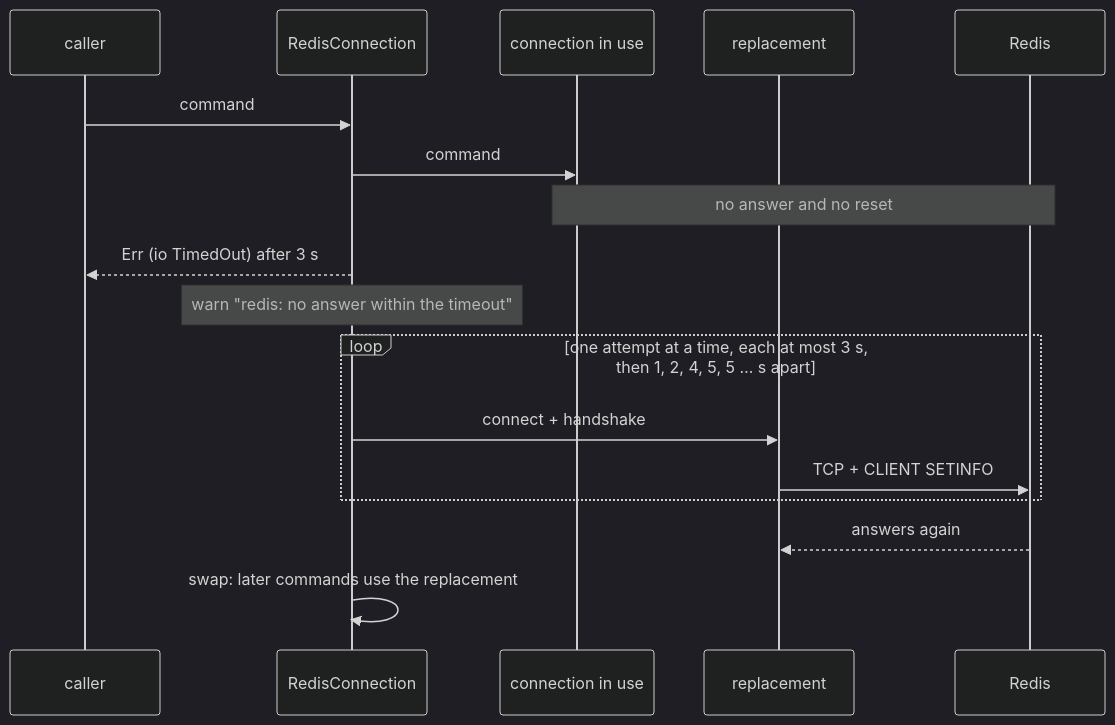
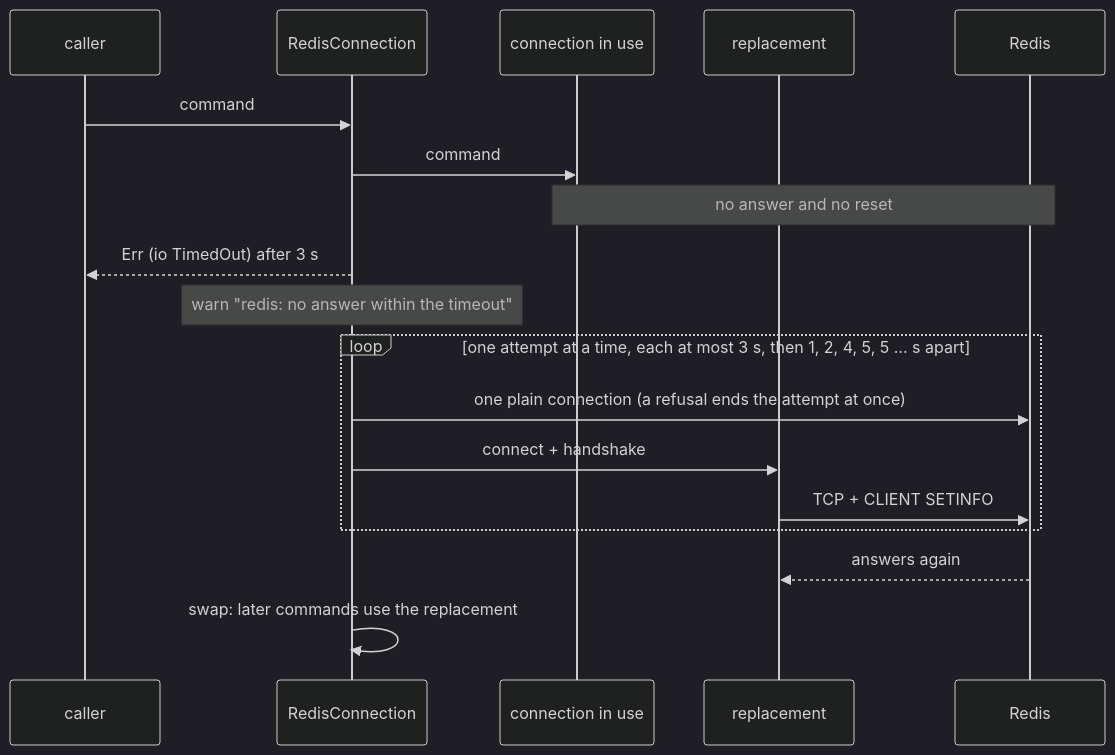
The diagram in docs/multi-pod-scale-out.md (gjovanov/roomler-ai), drawn with Mermaid (dark theme) before and after one commit. The commit also changed other lines of this file and 1 other file, not shown here.

````diff
--- a/docs/multi-pod-scale-out.md
+++ b/docs/multi-pod-scale-out.md
@@ -244,19 +265,20 @@
 ```mermaid
 sequenceDiagram
     participant C as caller
     participant RC as RedisConnection
     participant Old as connection in use
     participant New as replacement
     participant R as Redis
     C->>RC: command
     RC->>Old: command
     Note over Old,R: no answer and no reset
     RC-->>C: Err (io TimedOut) after 3 s
     Note over RC: warn "redis: no answer within the timeout"
     loop one attempt at a time, each at most 3 s, then 1, 2, 4, 5, 5 … s apart
+        RC->>R: one plain connection (a refusal ends the attempt at once)
         RC->>New: connect + handshake
         New->>R: TCP + CLIENT SETINFO
     end
     R-->>New: answers again
     RC->>RC: swap: later commands use the replacement
 ```
````
